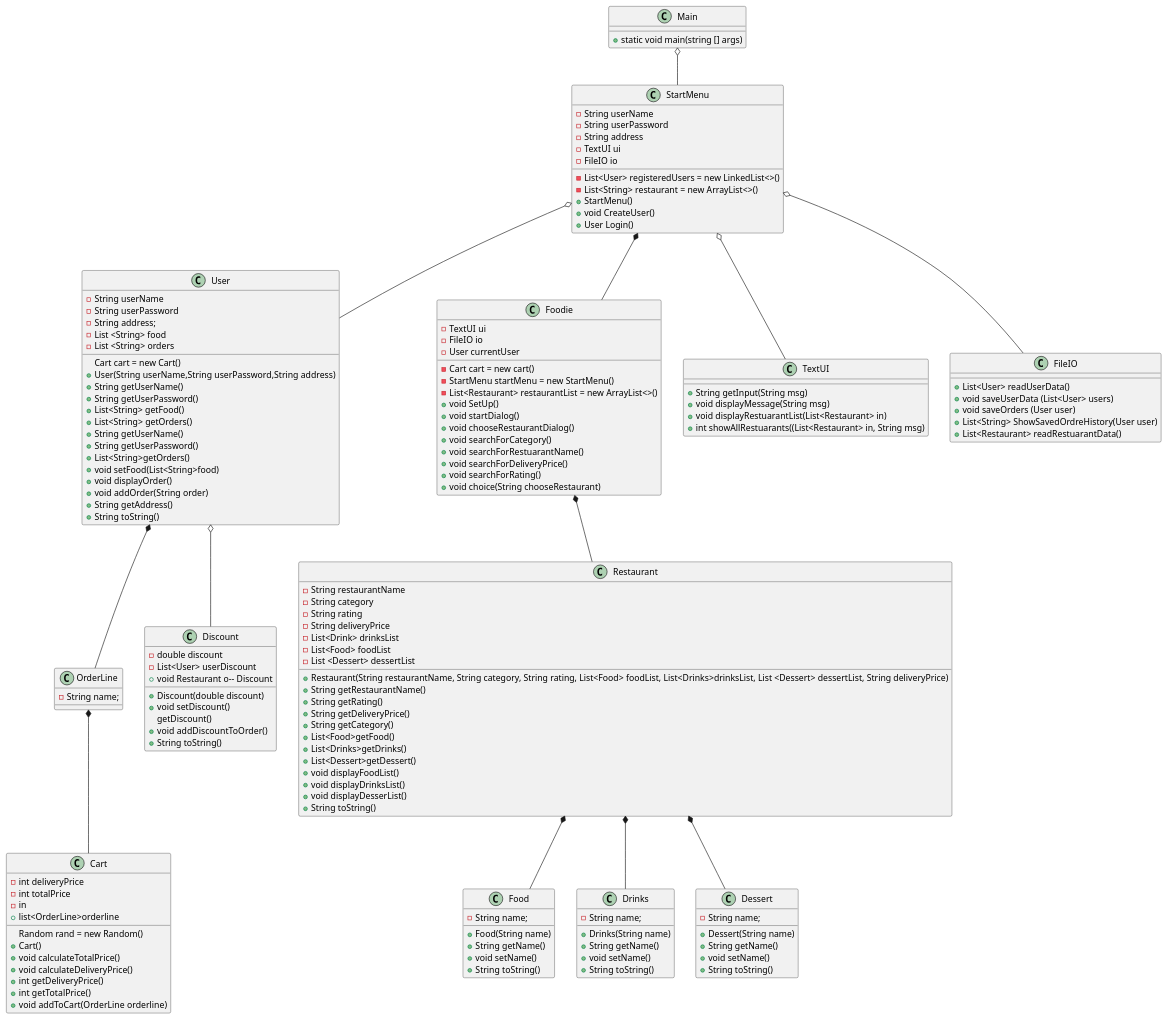
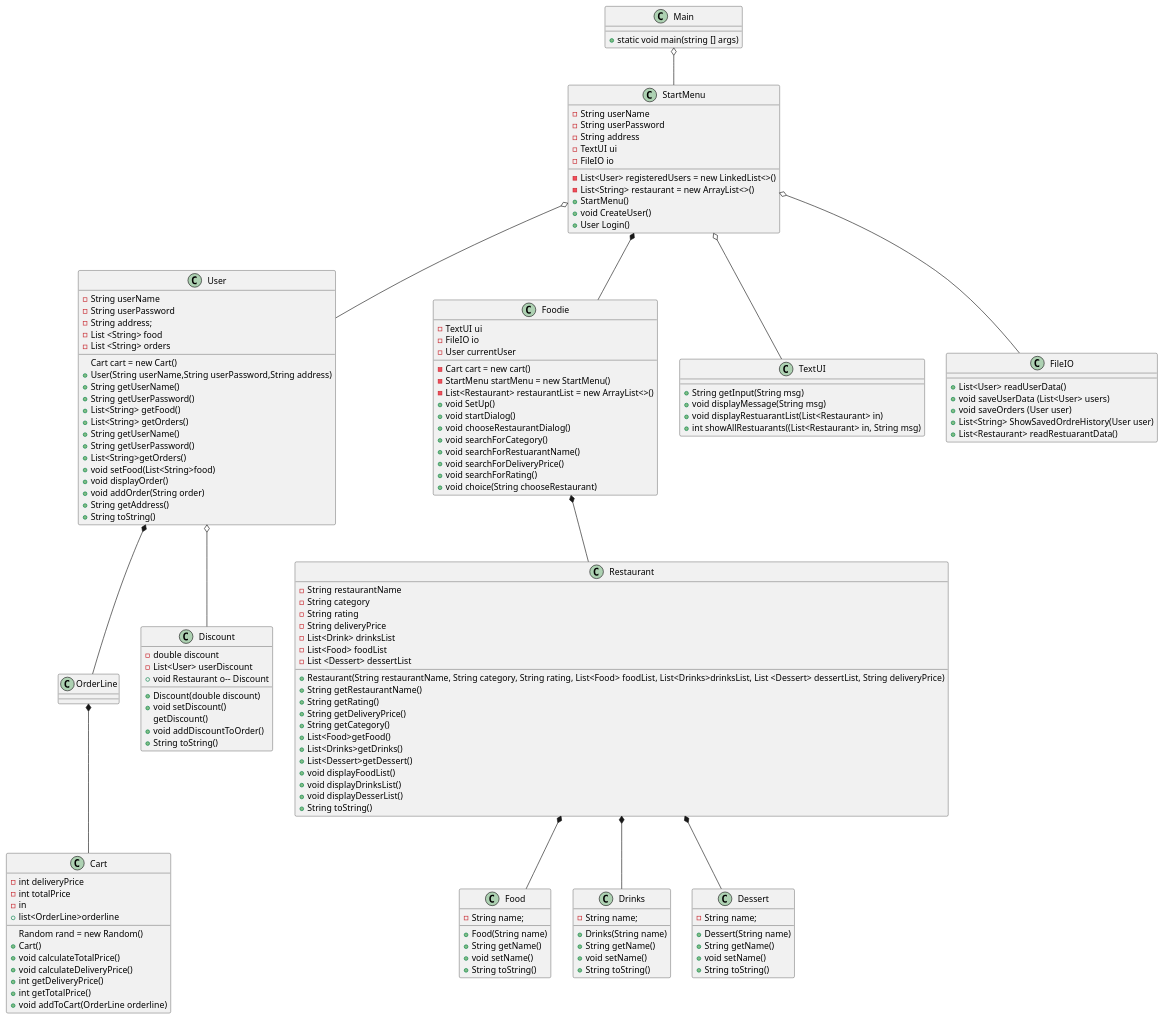
Before and after one commit to Madihakhan1/ICE-2024: the diagram in Doc/ClassDiagram1.3.puml, drawn with PlantUML. The commit also changed 5 other files, not shown here.

```diff
--- a/Doc/ClassDiagram1.3.puml
+++ b/Doc/ClassDiagram1.3.puml
@@ -1,169 +1,170 @@
 @startuml
 'https://plantuml.com/object-diagram
 
 class Main{
 + static void main(string [] args)
 }
 
 class StartMenu{
 - String userName
 - String userPassword
 - String address
 - List<User> registeredUsers = new LinkedList<>()
 - List<String> restaurant = new ArrayList<>()
 - TextUI ui
 - FileIO io
 + StartMenu()
 + void CreateUser()
 + User Login()
 }
 
 class User{
 - String userName
 - String userPassword
 - String address;
 - List <String> food
 - List <String> orders
   Cart cart = new Cart()
 + User(String userName,String userPassword,String address)
 + String getUserName()
 + String getUserPassword()
 + List<String> getFood()
 + List<String> getOrders()
 + String getUserName()
 + String getUserPassword()
 + List<String>getOrders()
 + void setFood(List<String>food)
 + void displayOrder()
 + void addOrder(String order)
 + String getAddress()
 + String toString()
 }
 
 class OrderLine{
-- String name;
+
 }
+
 
 class Cart{
 Random rand = new Random()
 - int deliveryPrice
 - int totalPrice
 - in
 + list<OrderLine>orderline
 + Cart()
 + void calculateTotalPrice()
 + void calculateDeliveryPrice()
 + int getDeliveryPrice()
 + int getTotalPrice()
 + void addToCart(OrderLine orderline)
 }
 
  class Restaurant{
 - String restaurantName
 - String category
 - String rating
 - String deliveryPrice
 - List<Drink> drinksList
 - List<Food> foodList
 - List <Dessert> dessertList
 + Restaurant(String restaurantName, String category, String rating, List<Food> foodList, List<Drinks>drinksList, List <Dessert> dessertList, String deliveryPrice)
 + String getRestaurantName()
 + String getRating()
 + String getDeliveryPrice()
 + String getCategory()
 + List<Food>getFood()
 + List<Drinks>getDrinks()
 + List<Dessert>getDessert()
 + void displayFoodList()
 + void displayDrinksList()
 + void displayDesserList()
 + String toString()
 }
 
 class Foodie{
 - TextUI ui
 - FileIO io
 - Cart cart = new cart()
 - StartMenu startMenu = new StartMenu()
 - User currentUser
 - List<Restaurant> restaurantList = new ArrayList<>()
 + void SetUp()
 + void startDialog()
 + void chooseRestaurantDialog()
 + void searchForCategory()
 + void searchForRestuarantName()
 + void searchForDeliveryPrice()
 + void searchForRating()
 + void choice(String chooseRestaurant)
 }
 
 class Food{
 - String name;
 + Food(String name)
 + String getName()
 + void setName()
 + String toString()
 }
 
 class Drinks{
 - String name;
 + Drinks(String name)
 + String getName()
 + void setName()
 + String toString()
 }
 
 class Dessert{
 - String name;
 + Dessert(String name)
 + String getName()
 + void setName()
 + String toString()
 }
 
 class Discount{
 - double discount
 - List<User> userDiscount
 + Discount(double discount)
 + void setDiscount()
 + void Restaurant o-- Discount
 getDiscount()
 + void addDiscountToOrder()
 + String toString()
 }
 
 class TextUI{
 + String getInput(String msg)
 + void displayMessage(String msg)
 + void displayRestuarantList(List<Restaurant> in)
 + int showAllRestuarants((List<Restaurant> in, String msg)
 }
 
 class FileIO{
 + List<User> readUserData()
 + void saveUserData (List<User> users)
 + void saveOrders (User user)
 + List<String> ShowSavedOrdreHistory(User user)
 + List<Restaurant> readRestuarantData()
 }
 
 
 Main o-- StartMenu
 
 StartMenu o-- TextUI
 StartMenu o-- FileIO
 StartMenu o-- User
 StartMenu *-- Foodie
 
 Foodie *-- Restaurant
 
 User *-- OrderLine
 User o-- Discount
 
 OrderLine *-- Cart
 
 Restaurant *-- Food
 Restaurant *-- Drinks
 Restaurant *-- Dessert
 
 @enduml
```
